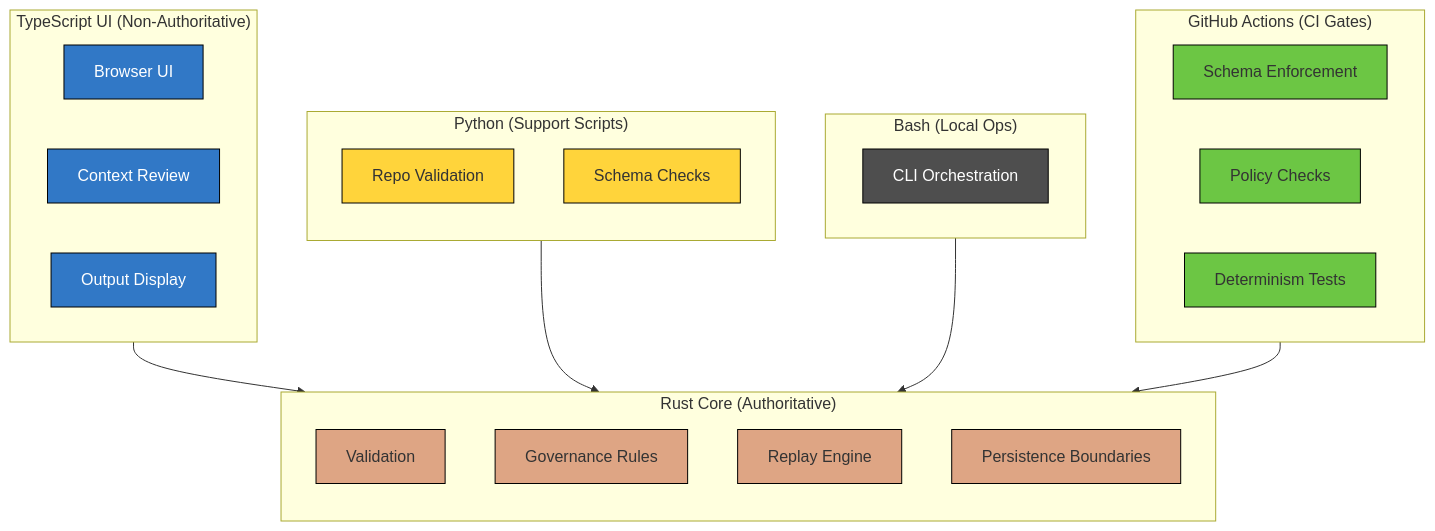
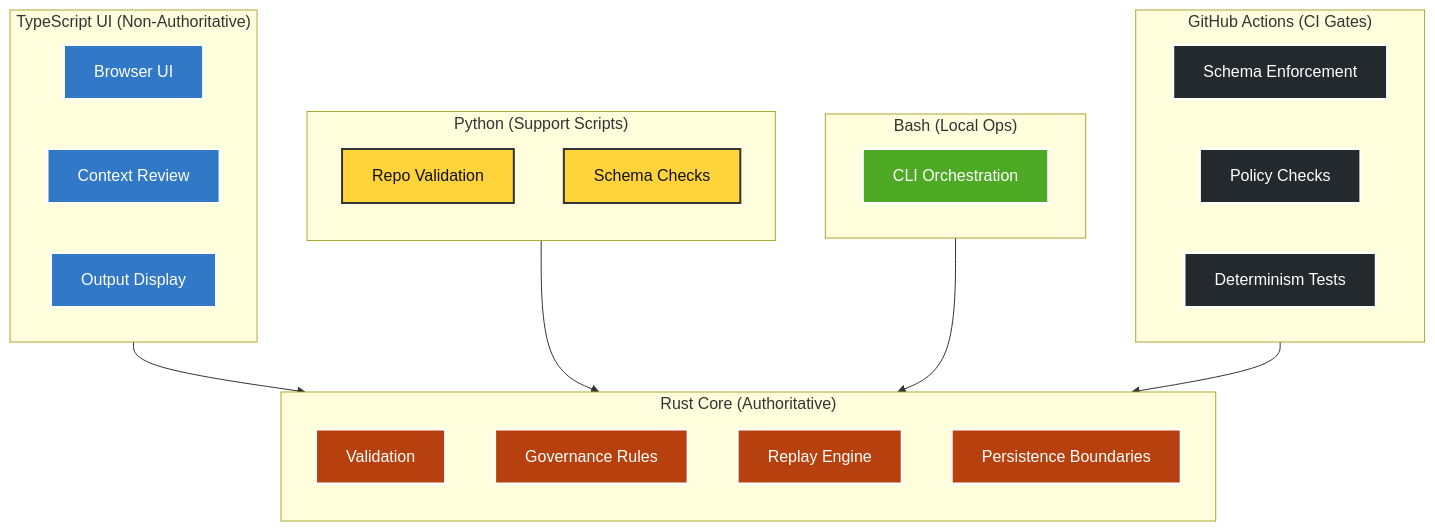
One commit to irgordon/ajentic changed the diagram in README.md. Above: the diagram before and after it, drawn with Mermaid.

Commit message:
Modify class definitions in README.md
Updated class definitions for various programming languages with new colors and stroke properties.

````diff
--- a/README.md
+++ b/README.md
@@ -113,44 +113,44 @@
 ```mermaid
 flowchart TB
 
     subgraph RustCore["Rust Core (Authoritative)"]
     direction TB
     A1[Validation]:::rust
     A2[Governance Rules]:::rust
     A3[Replay Engine]:::rust
     A4[Persistence Boundaries]:::rust
     end
 
     subgraph PythonLayer["Python (Support Scripts)"]
     direction TB
     B1[Repo Validation]:::python
     B2[Schema Checks]:::python
     end
 
     subgraph BashLayer["Bash (Local Ops)"]
     C1[CLI Orchestration]:::bash
     end
 
     subgraph TSUILayer["TypeScript UI (Non‑Authoritative)"]
     D1[Browser UI]:::ts
     D2[Context Review]:::ts
     D3[Output Display]:::ts
     end
 
     subgraph CI["GitHub Actions (CI Gates)"]
     E1[Schema Enforcement]:::ci
     E2[Policy Checks]:::ci
     E3[Determinism Tests]:::ci
     end
 
     TSUILayer --> RustCore
     PythonLayer --> RustCore
     BashLayer --> RustCore
     CI --> RustCore
 
-    classDef rust fill:#dea584,stroke:#000,stroke-width:1px;
-    classDef ts fill:#3178c6,stroke:#000,stroke-width:1px,color:#fff;
-    classDef python fill:#ffd43b,stroke:#000,stroke-width:1px;
-    classDef bash fill:#4e4e4e,stroke:#000,stroke-width:1px,color:#fff;
-    classDef ci fill:#6cc644,stroke:#000,stroke-width:1px;
+    classDef rust fill:#B7410E,stroke:#fff,stroke-width:2px,color:#fff;
+    classDef ts fill:#3178C6,stroke:#fff,stroke-width:2px,color:#fff;
+    classDef python fill:#FFD43B,stroke:#333,stroke-width:2px,color:#111;
+    classDef bash fill:#4EAA25,stroke:#fff,stroke-width:2px,color:#fff;
+    classDef ci fill:#24292E,stroke:#fff,stroke-width:2px,color:#fff;
 ```
````
